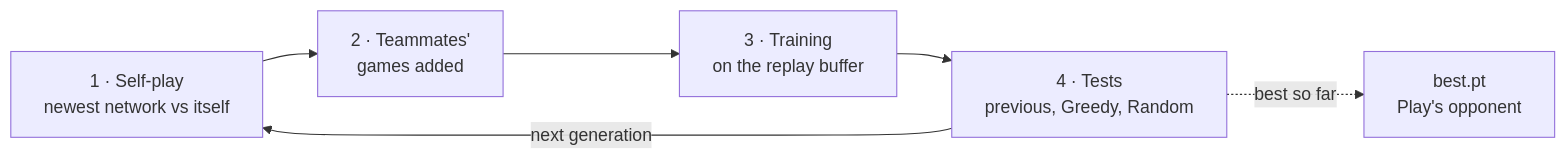
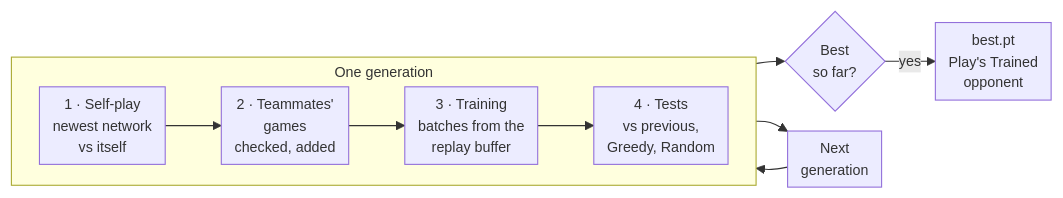
Before and after one commit to Aditya-00786/csf407-fable-chaturanga-zero: the first of 3 diagrams in docs/TRAINING.md, drawn with Mermaid. The commit also changed other lines of this file and 8 other files, not shown here.

First line of the commit message:
docs: full diagrams again, sized to fit a screen; Milestone 4 at 95%

````diff
--- a/docs/TRAINING.md
+++ b/docs/TRAINING.md
@@ -8,6 +8,14 @@
 ```mermaid
+%%{init: {"flowchart": {"nodeSpacing": 18, "rankSpacing": 26, "padding": 6, "diagramPadding": 4, "subGraphTitleMargin": {"top": 4, "bottom": 4}}, "themeVariables": {"fontSize": "13px"}}}%%
 flowchart LR
-    SP["1 · Self-play<br/>newest network vs itself"] --> IN["2 · Teammates'<br/>games added"] --> TR["3 · Training<br/>on the replay buffer"] --> EV["4 · Tests<br/>previous, Greedy, Random"]
-    EV -- next generation --> SP
-    EV -. best so far .-> PUB["best.pt<br/>Play's opponent"]
+    subgraph G[One generation]
+        direction LR
+        SP["1 · Self-play<br/>newest network<br/>vs itself"] --> IN["2 · Teammates'<br/>games<br/>checked, added"]
+        IN --> TR["3 · Training<br/>batches from the<br/>replay buffer"]
+        TR --> EV["4 · Tests<br/>vs previous,<br/>Greedy, Random"]
+    end
+    EV --> BEST{"Best<br/>so far?"}
+    BEST -- yes --> PUB["best.pt<br/>Play's Trained<br/>opponent"]
+    EV --> NEXT["Next<br/>generation"]
+    NEXT --> SP
 ```
````
